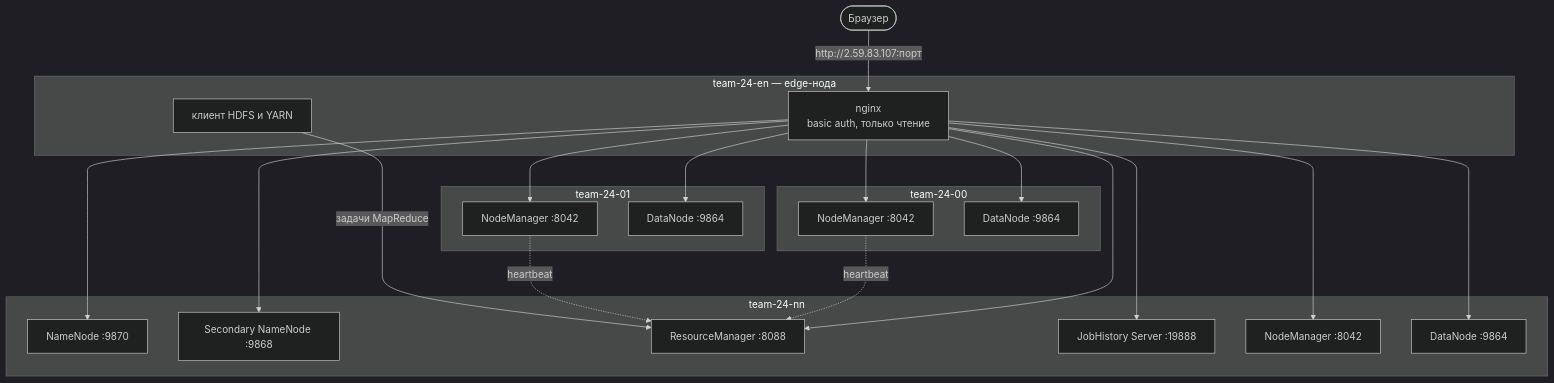
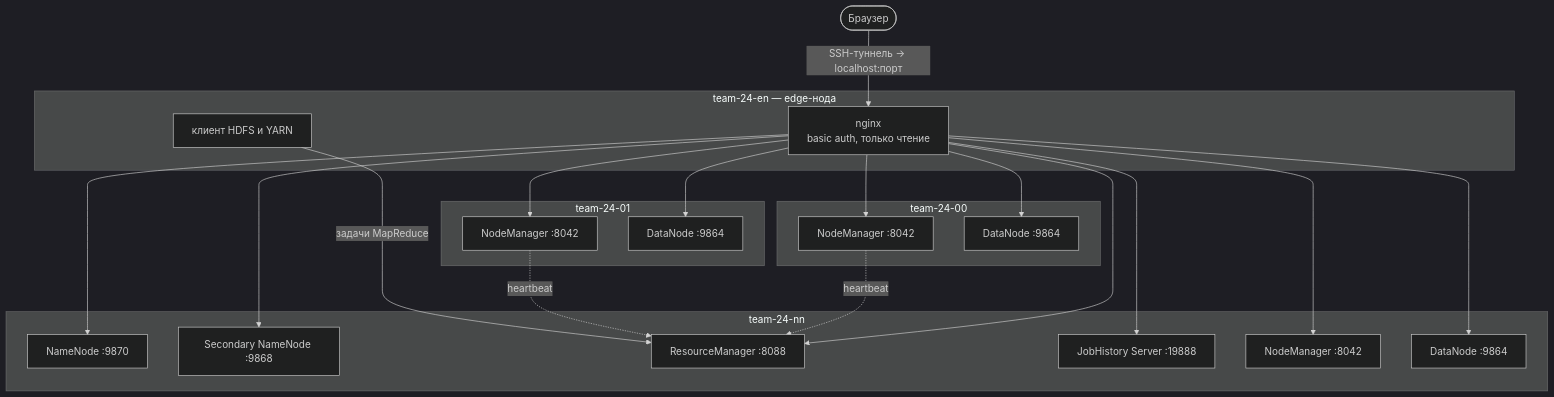
Before and after one commit to ReallyMix/PlatformsOfData: the diagram in homework2/README.md, drawn with Mermaid (dark theme). The commit also changed other lines of this file, not shown here.

````diff
--- a/homework2/README.md
+++ b/homework2/README.md
@@ -29,28 +29,28 @@
 ```mermaid
 flowchart TB
-    user([Браузер]) -->|"http://2.59.83.107:порт"| nginx
+    user([Браузер]) -->|"SSH-туннель → localhost:порт"| nginx
     subgraph en[team-24-en — edge-нода]
         nginx[nginx<br/>basic auth, только чтение]
         client[клиент HDFS и YARN]
     end
     subgraph nn[team-24-nn]
         NN[NameNode :9870]
         SNN[Secondary NameNode :9868]
         RM[ResourceManager :8088]
         JHS[JobHistory Server :19888]
         NM0[NodeManager :8042]
         DN0[DataNode :9864]
     end
     subgraph n00[team-24-00]
         NM1[NodeManager :8042]
         DN1[DataNode :9864]
     end
     subgraph n01[team-24-01]
         NM2[NodeManager :8042]
         DN2[DataNode :9864]
     end
     nginx --> NN & SNN & RM & JHS & NM0 & DN0 & NM1 & DN1 & NM2 & DN2
     NM1 -. heartbeat .-> RM
     NM2 -. heartbeat .-> RM
     client -->|задачи MapReduce| RM
 ```
````
